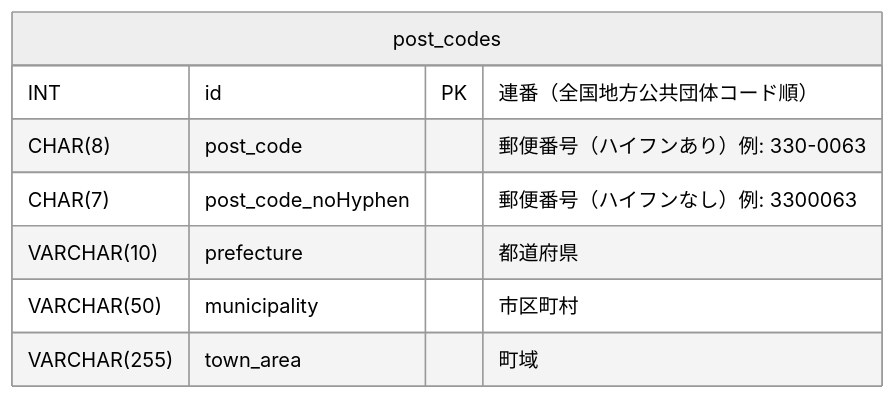
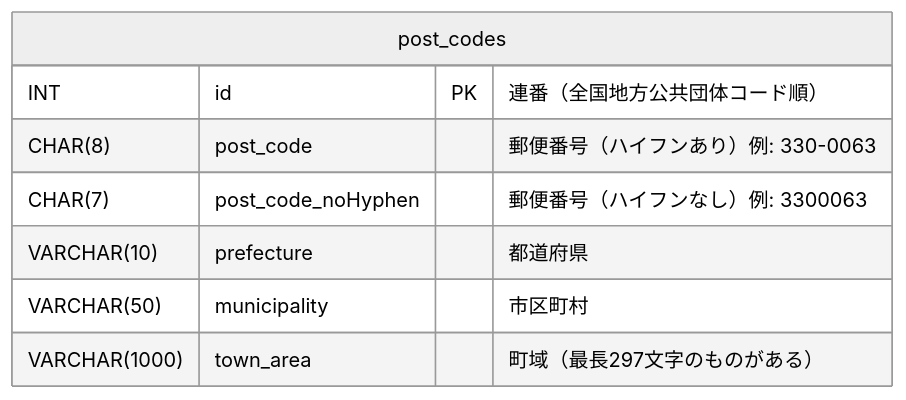
The second of 2 diagrams in README.md (KoichiKurita/Search_Address_and_PostCode), drawn with Mermaid (neutral theme) before and after one commit. The commit also changed 4 other files, not shown here.

````diff
--- a/README.md
+++ b/README.md
@@ -73,11 +73,11 @@
 ```mermaid
 erDiagram
     post_codes {
         INT id PK "連番（全国地方公共団体コード順）"
         CHAR(8) post_code "郵便番号（ハイフンあり）例: 330-0063"
         CHAR(7) post_code_noHyphen "郵便番号（ハイフンなし）例: 3300063"
         VARCHAR(10) prefecture "都道府県"
         VARCHAR(50) municipality "市区町村"
-        VARCHAR(255) town_area "町域"
+        VARCHAR(1000) town_area "町域（最長297文字のものがある）"
     }
 ```
````
